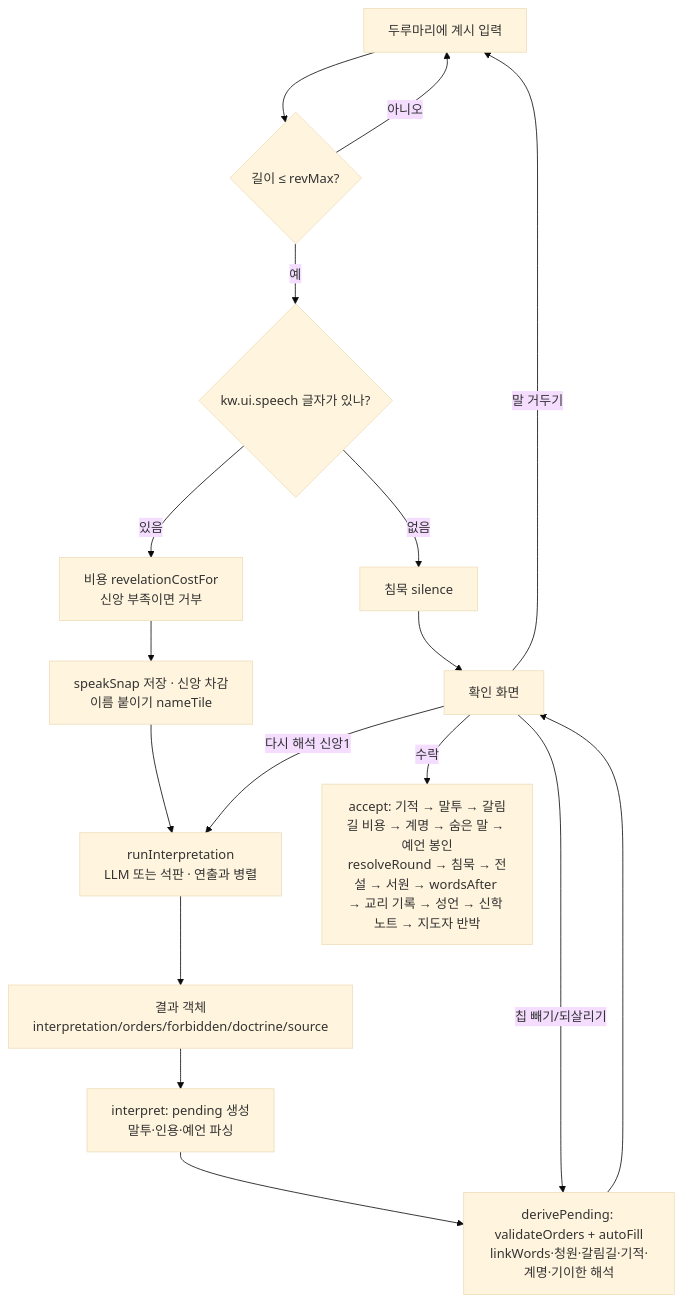
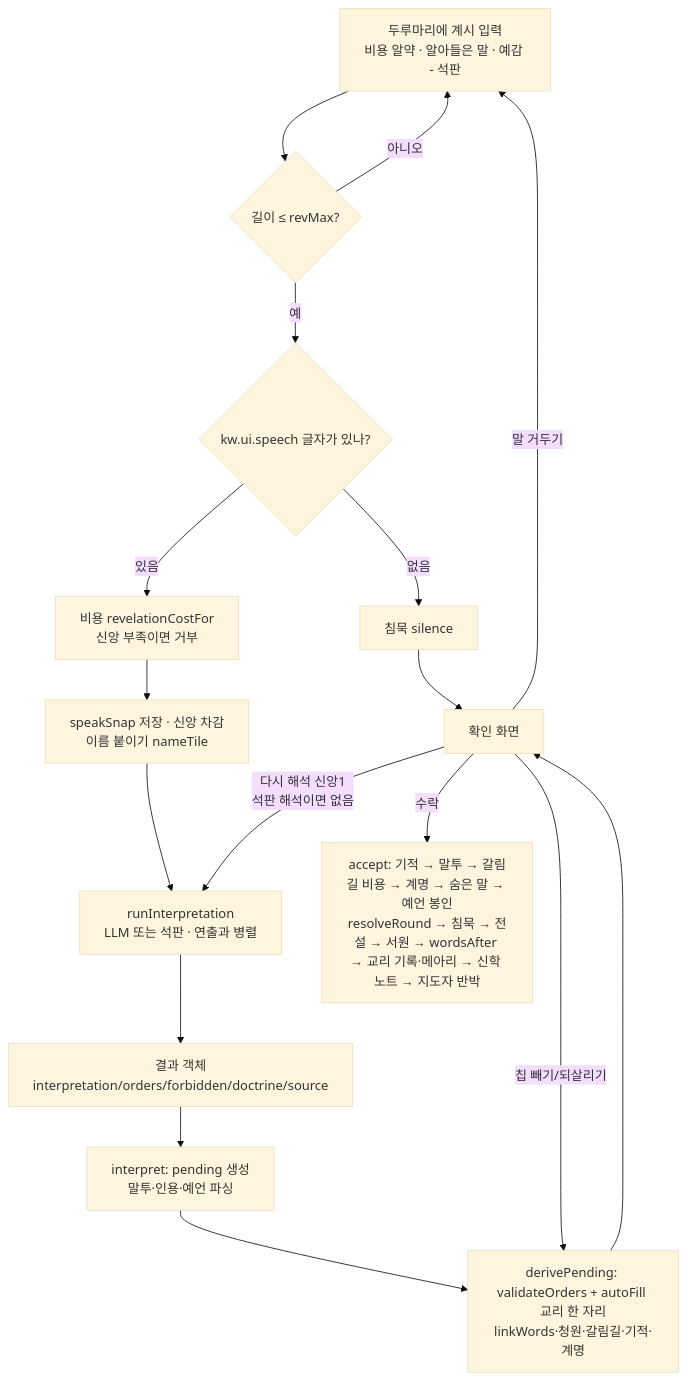
Before and after one commit to wisebear-KOR/GSG_Project: the diagram in docs/spec/05-interpreter.md, drawn with Mermaid (base theme). The commit also changed other lines of this file and 12 other files, not shown here.

````diff
--- a/docs/spec/05-interpreter.md
+++ b/docs/spec/05-interpreter.md
@@ -28,19 +28,19 @@
 ```mermaid
 flowchart TD
-  A[두루마리에 계시 입력] --> B{길이 ≤ revMax?}
+  A[두루마리에 계시 입력<br/>비용 알약 · 알아들은 말 · 예감 - 석판] --> B{길이 ≤ revMax?}
   B -- 아니오 --> A
   B -- 예 --> C{kw.ui.speech 글자가 있나?}
   C -- 없음 --> S[침묵 silence]
   C -- 있음 --> D[비용 revelationCostFor<br/>신앙 부족이면 거부]
   D --> E[speakSnap 저장 · 신앙 차감<br/>이름 붙이기 nameTile]
   E --> F[runInterpretation<br/>LLM 또는 석판 · 연출과 병렬]
   F --> G[결과 객체<br/>interpretation/orders/forbidden/doctrine/source]
   G --> H[interpret: pending 생성<br/>말투·인용·예언 파싱]
-  H --> I[derivePending: validateOrders + autoFill<br/>linkWords·청원·갈림길·기적·계명·기이한 해석]
+  H --> I[derivePending: validateOrders + autoFill 교리 한 자리<br/>linkWords·청원·갈림길·기적·계명]
   I --> J[확인 화면]
   J -- 칩 빼기/되살리기 --> I
-  J -- 다시 해석 신앙1 --> F
+  J -- 다시 해석 신앙1<br/>석판 해석이면 없음 --> F
   J -- 말 거두기 --> A
-  J -- 수락 --> K[accept: 기적 → 말투 → 갈림길 비용 → 계명 → 숨은 말 → 예언 봉인<br/>resolveRound → 침묵 → 전설 → 서원 → wordsAfter → 교리 기록 → 성언 → 신학 노트 → 지도자 반박]
+  J -- 수락 --> K[accept: 기적 → 말투 → 갈림길 비용 → 계명 → 숨은 말 → 예언 봉인<br/>resolveRound → 침묵 → 전설 → 서원 → wordsAfter → 교리 기록·메아리 → 신학 노트 → 지도자 반박]
   S --> J
 ```
````
